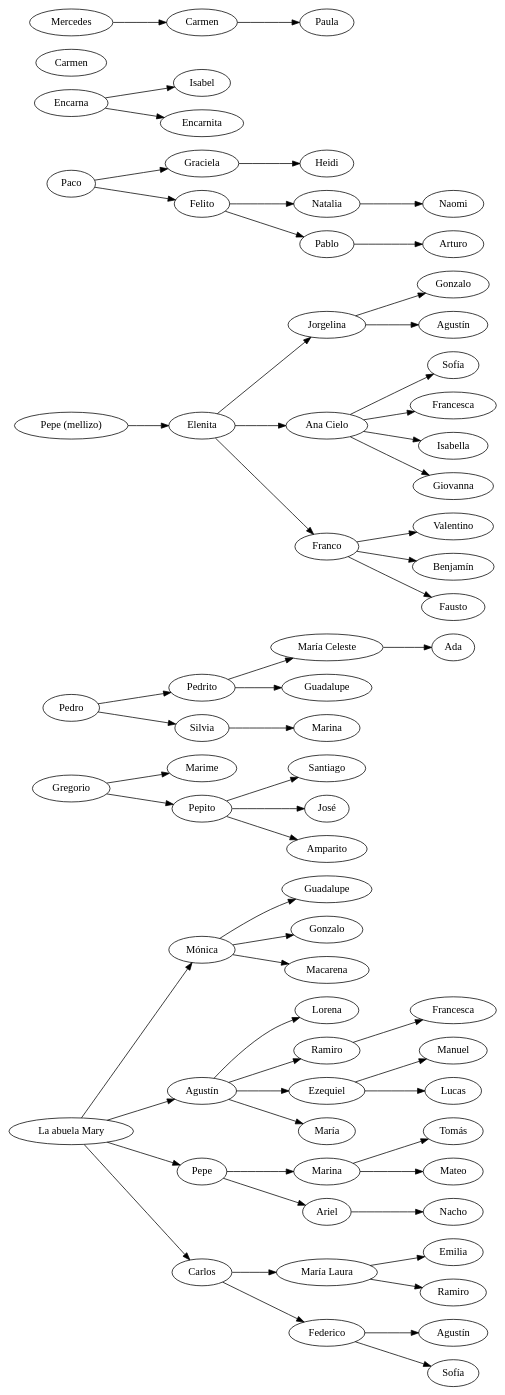
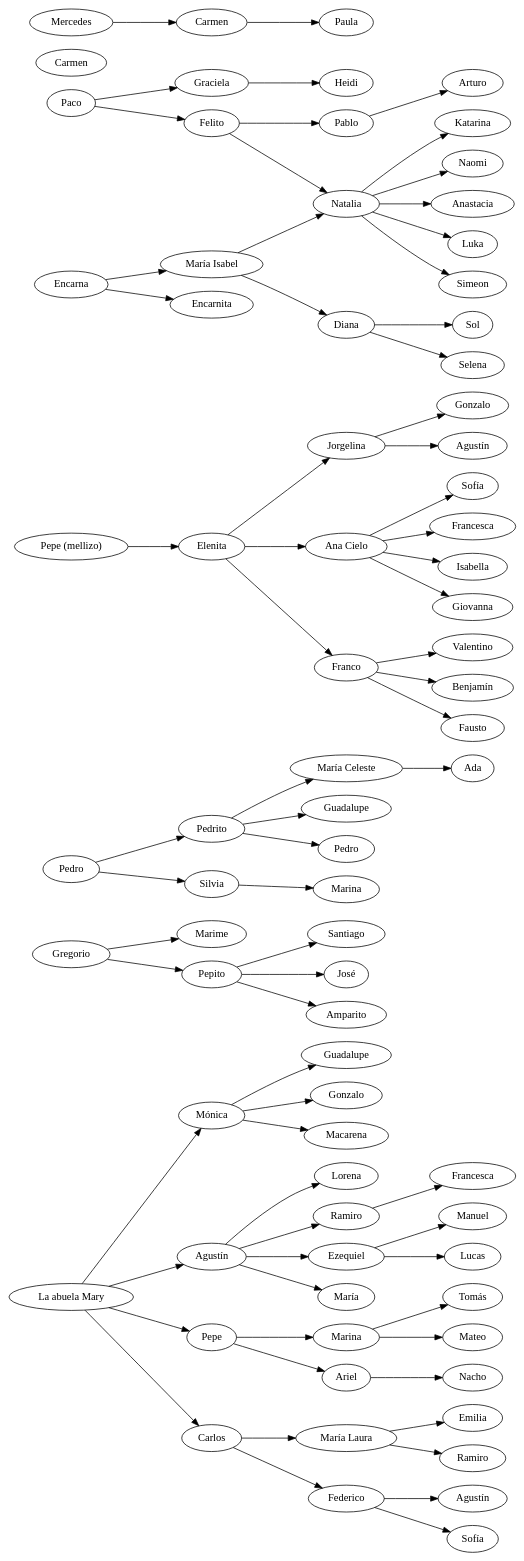
One commit to ramiror/gomitada changed the diagram in gomitada.dot. Above: the diagram before and after it, drawn with Graphviz. The commit also changed 1 other file, not shown here.

Commit message:
Add Pedro by Pedrito and australians

```diff
--- a/gomitada.dot
+++ b/gomitada.dot
@@ -1,84 +1,96 @@
 digraph {
     rankdir=LR
     mari [label="La abuela Mary"]
     Gregorio
     Pedro
     pm [label="Pepe (mellizo)"]
     Paco
     Encarna
     Carmen
     Mercedes
     Gregorio -> Marime
     Gregorio -> Pepito
     Pedro -> Pedrito
     Pedro -> Silvia
     pm -> Elenita
     Paco -> Graciela -> Heidi
     Paco -> Felito
+    Isabel [label="María Isabel"]
     Encarna -> Isabel
     Encarna -> Encarnita
     Carmen_Mercedes [label="Carmen"]
     Mercedes -> Carmen_Mercedes -> Paula
+    Isabel -> Natalia
+    Isabel -> Diana
+    Natalia -> Anastacia
+    Natalia -> Luka
+    Natalia -> Simeon
+    kiki [label="Katarina"]
+    Natalia -> kiki
+    Diana -> Sol
+    Diana -> Selena
     moni [label="Mónica"]
     agus [label="Agustín"]
     mari -> agus
     mari -> Pepe
     mari -> Carlos
     mari -> moni
     agus -> Lorena
     agus -> Ramiro -> Francesca
     agus -> Ezequiel
     Maria_Agus [label="María"]
     agus -> Maria_Agus
     moni -> Guadalupe
     moni -> Gonzalo
     moni -> Macarena
     piqui [label="María Laura"]
     Carlos -> piqui
     Carlos -> Federico
     Pepe -> Marina
     Pepe -> Ariel -> Nacho
     Ezequiel -> Manuel
     Ezequiel -> Lucas
     Felito -> Natalia -> Naomi
     Felito -> Pablo -> Arturo
     piqui -> Emilia
     Ramiro_Piqui [label="Ramiro"]
     piqui -> Ramiro_Piqui
     Agus_Fede [label="Agustín"]
     Federico -> Agus_Fede
     sofi [label="Sofía"]
     Federico -> sofi
     Tomas [label="Tomás"]
     Marina -> Tomas
     Marina -> Mateo
     Pepito -> Santiago
     Jose [label="José"]
     Pepito -> Jose
     Pepito -> Amparito
     Elenita -> Jorgelina
     AnaCielo [label="Ana Cielo"]
     Elenita -> AnaCielo
     Elenita -> Franco
     Gonzalo_Jorgelina [label="Gonzalo"]
     Agus_Jorgelina [label="Agustín"]
     Jorgelina -> Agus_Jorgelina
     Jorgelina -> Gonzalo_Jorgelina
     Sofia_AnaCielo [label="Sofía"]
     Francesca_AnaCielo [label="Francesca"]
     AnaCielo -> Sofia_AnaCielo
     AnaCielo -> Francesca_AnaCielo
     AnaCielo -> Isabella
     AnaCielo -> Giovanna
     Franco -> Valentino
     Benja [label="Benjamín"]
     Franco -> Benja
     Franco -> Fausto
     macel [label="María Celeste"]
     guada_pedrito [label="Guadalupe"]
+    pedro_pedrito [label="Pedro"]
     Pedrito -> macel
     Pedrito -> guada_pedrito
+    Pedrito -> pedro_pedrito
     marina_silvia [label="Marina"]
     Silvia -> marina_silvia
     macel -> Ada
 }
```
